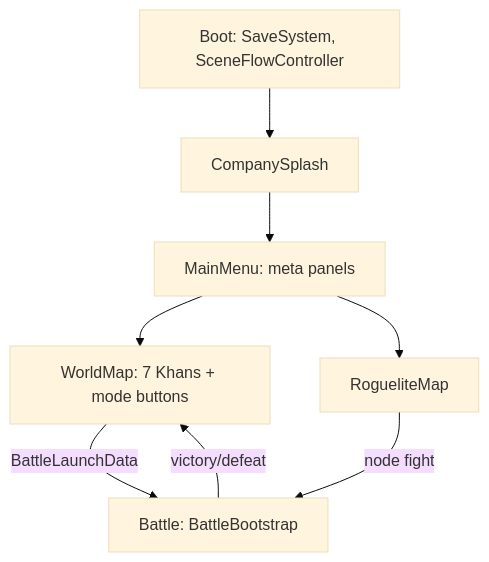
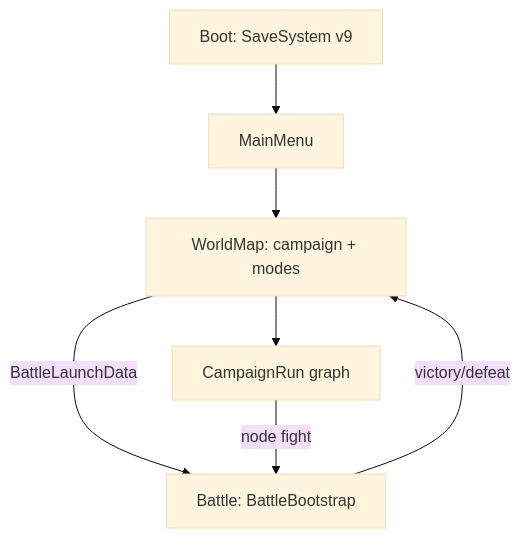
The first of 4 diagrams in docs/engineering/game-logic.md (KingSajjad18676/seven-realm-td), drawn with Mermaid (base theme) before and after one commit. The commit also changed other lines of this file and 18 other files, not shown here.

````diff
--- a/docs/engineering/game-logic.md
+++ b/docs/engineering/game-logic.md
@@ -68,16 +68,15 @@
 ```mermaid
 flowchart TB
-    Boot[Boot: SaveSystem, SceneFlowController]
-    Splash[CompanySplash]
-    Menu[MainMenu: meta panels]
-    Map[WorldMap: 7 Khans + mode buttons]
+    Boot[Boot: SaveSystem v9]
+    Menu[MainMenu]
+    Map[WorldMap: campaign + modes]
+    Run[CampaignRun graph]
     Battle[Battle: BattleBootstrap]
-    Roguelite[RogueliteMap]
 
-    Boot --> Splash --> Menu
+    Boot --> Menu
     Menu --> Map
     Map -->|BattleLaunchData| Battle
+    Map --> Run
+    Run -->|node fight| Battle
     Battle -->|victory/defeat| Map
-    Menu --> Roguelite
-    Roguelite -->|node fight| Battle
 ```
````
